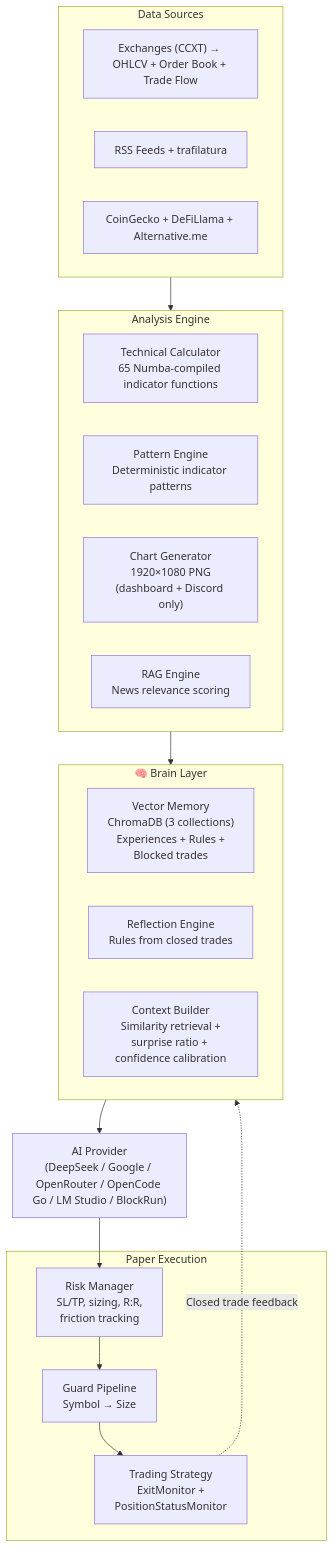
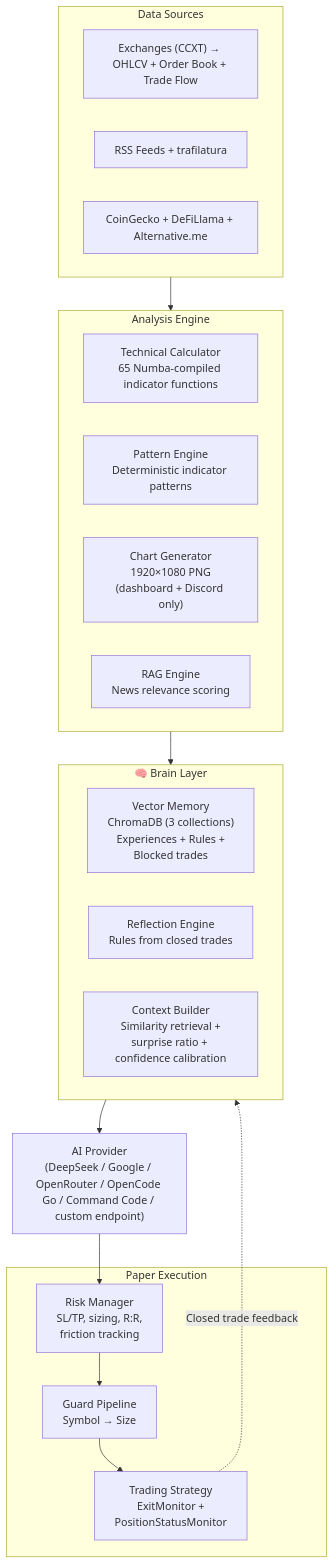
One commit to qrak/LLM_trader changed the diagram in README.md. Above: the diagram before and after it, drawn with Mermaid. The commit also changed other lines of this file and 60 other files, not shown here.

````diff
--- a/README.md
+++ b/README.md
@@ -113,29 +113,29 @@
 ```mermaid
 flowchart TB
     subgraph Data["Data Sources"]
         EX["Exchanges (CCXT) → OHLCV + Order Book + Trade Flow"]
         NEWS["RSS Feeds + trafilatura"]
         FUND["CoinGecko + DeFiLlama + Alternative.me"]
     end
     subgraph Analysis["Analysis Engine"]
         TC["Technical Calculator<br/>65 Numba-compiled indicator functions"]
         PE["Pattern Engine<br/>Deterministic indicator patterns"]
         CG["Chart Generator<br/>1920×1080 PNG<br/>(dashboard + Discord only)"]
         RAG["RAG Engine<br/>News relevance scoring"]
     end
     subgraph Brain["🧠 Brain Layer"]
         VM["Vector Memory<br/>ChromaDB (3 collections)<br/>Experiences + Rules +<br/>Blocked trades"]
         REFL["Reflection Engine<br/>Rules from closed trades"]
         CTX["Context Builder<br/>Similarity retrieval +<br/>surprise ratio + confidence calibration"]
     end
     subgraph Execution["Paper Execution"]
         RP["Risk Manager<br/>SL/TP, sizing, R:R,<br/>friction tracking"]
         GP["Guard Pipeline<br/>Symbol → Size"]
         STRAT["Trading Strategy<br/>ExitMonitor +<br/>PositionStatusMonitor"]
     end
     Data --> Analysis
     Analysis --> Brain
-    Brain --> AI["AI Provider<br/>(DeepSeek / Google / OpenRouter / OpenCode Go / LM Studio / BlockRun)"]
+    Brain --> AI["AI Provider<br/>(DeepSeek / Google / OpenRouter / OpenCode Go / Command Code / custom endpoint)"]
     AI --> RP --> GP --> STRAT
     STRAT -.->|Closed trade feedback| Brain
 ```
````
